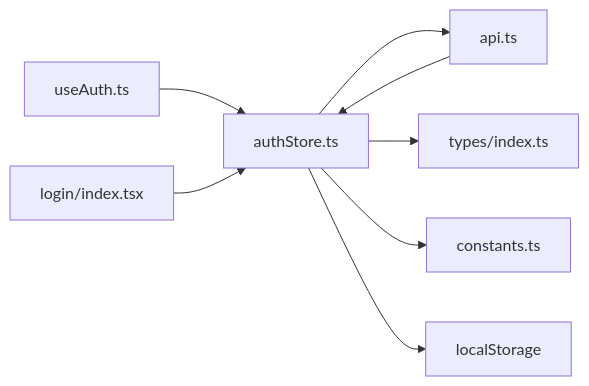
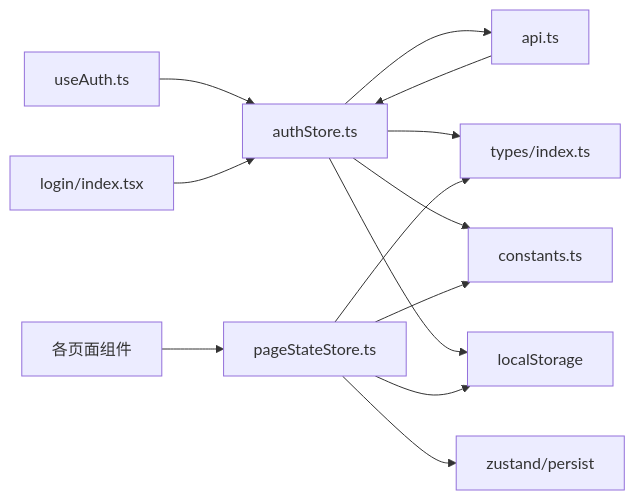
One commit to Damao997/newproject changed the seventh of 7 diagrams in .qoder/repowiki/zh/content/架构设计/状态管理/状态持久化.md. Above: the diagram before and after it, drawn with Mermaid. The commit also changed other lines of this file and 22 other files, not shown here.

````diff
--- a/.qoder/repowiki/zh/content/架构设计/状态管理/状态持久化.md
+++ b/.qoder/repowiki/zh/content/架构设计/状态管理/状态持久化.md
@@ -312,10 +413,15 @@
 ```mermaid
 graph LR
 AUTHSTORE["authStore.ts"] --> APILIB["api.ts"]
 AUTHSTORE --> TYPES["types/index.ts"]
 AUTHSTORE --> CONSTANTS["constants.ts"]
 AUTHSTORE --> LS["localStorage"]
+PAGESTORE["pageStateStore.ts"] --> ZUSTAND["zustand/persist"]
+PAGESTORE --> TYPES
+PAGESTORE --> CONSTANTS
+PAGESTORE --> LS
 USEAUTH["useAuth.ts"] --> AUTHSTORE
+PAGES["各页面组件"] --> PAGESTORE
 LOGIN["login/index.tsx"] --> AUTHSTORE
 APILIB --> AUTHSTORE
 ```
````
